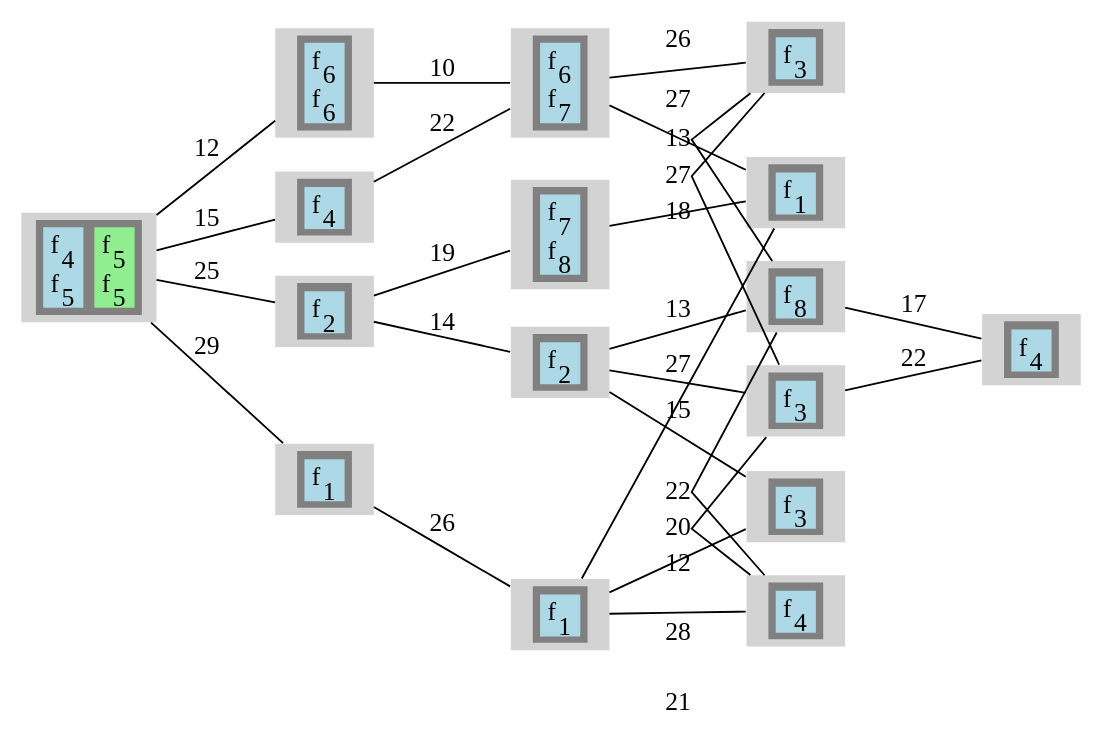
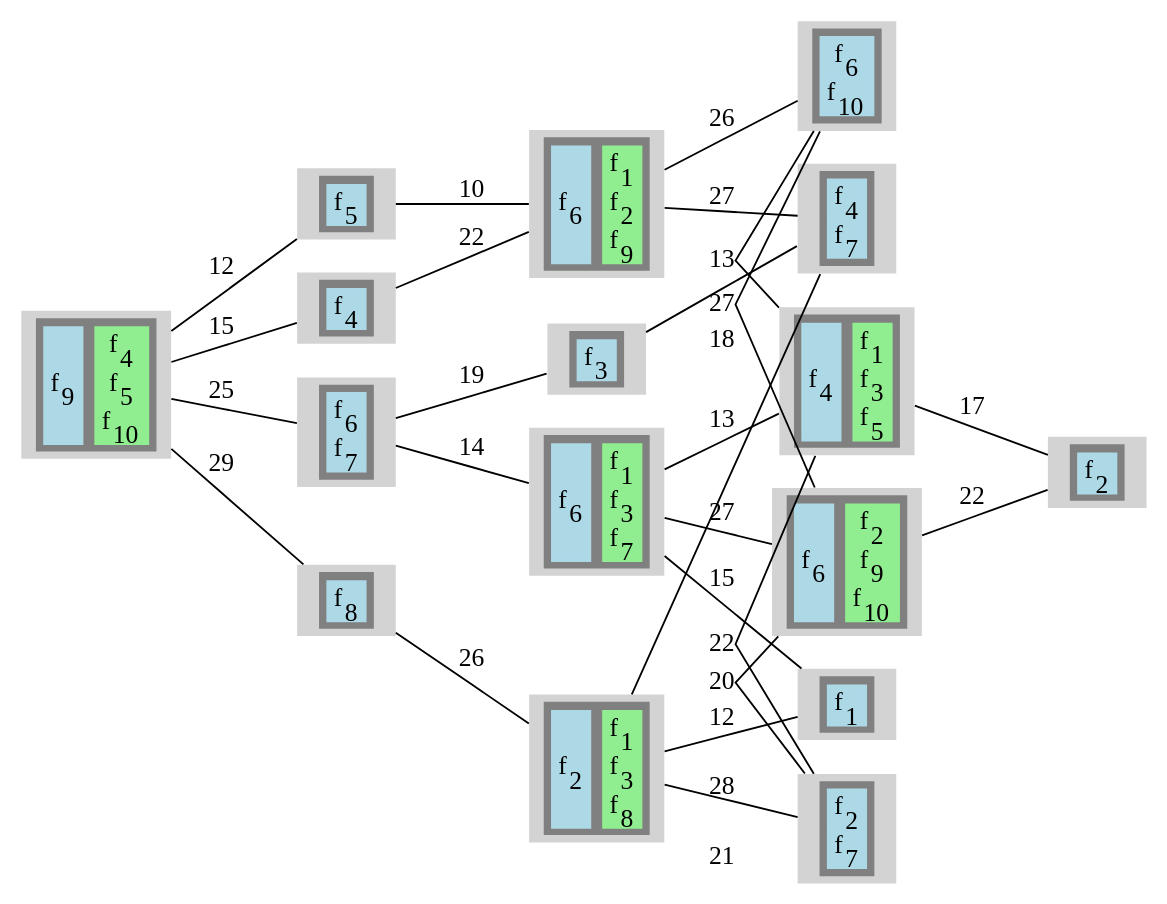
One commit to prateekshyap/SFC_Placement_in_VNF changed the diagram in output/sevenReliabilityOne/gv/graphPrint.gv. Above: the diagram before and after it, drawn with Graphviz. The commit also changed 74 other files, not shown here.

```diff
--- a/output/sevenReliabilityOne/gv/graphPrint.gv
+++ b/output/sevenReliabilityOne/gv/graphPrint.gv
@@ -14,14 +14,14 @@
 <TR>
 <TD>
 <TABLE BORDER="0" BGCOLOR="lightblue">
-<TR><TD PORT="f12" BGCOLOR="lightblue">f<SUB>4</SUB></TD></TR>
-<TR><TD PORT="f13" BGCOLOR="lightblue">f<SUB>5</SUB></TD></TR>
+<TR><TD PORT="f33" BGCOLOR="lightblue">f<SUB>9</SUB></TD></TR>
 </TABLE>
 </TD>
 <TD>
 <TABLE BORDER="0" BGCOLOR="lightgreen">
-<TR><TD PORT="f14" BGCOLOR="lightgreen">f<SUB>5</SUB></TD></TR>
-<TR><TD PORT="f15" BGCOLOR="lightgreen">f<SUB>5</SUB></TD></TR>
+<TR><TD PORT="f16" BGCOLOR="lightgreen">f<SUB>4</SUB></TD></TR>
+<TR><TD PORT="f21" BGCOLOR="lightgreen">f<SUB>5</SUB></TD></TR>
+<TR><TD PORT="f37" BGCOLOR="lightgreen">f<SUB>10</SUB></TD></TR>
 </TABLE>
 </TD>
 </TR>
@@ -33,8 +33,7 @@
 <TR>
 <TD>
 <TABLE BORDER="0" BGCOLOR="lightblue">
-<TR><TD PORT="f16" BGCOLOR="lightblue">f<SUB>6</SUB></TD></TR>
-<TR><TD PORT="f17" BGCOLOR="lightblue">f<SUB>6</SUB></TD></TR>
+<TR><TD PORT="f20" BGCOLOR="lightblue">f<SUB>5</SUB></TD></TR>
 </TABLE>
 </TD>
 </TR>
@@ -46,7 +45,7 @@
 <TR>
 <TD>
 <TABLE BORDER="0" BGCOLOR="lightblue">
-<TR><TD PORT="f1" BGCOLOR="lightblue">f<SUB>1</SUB></TD></TR>
+<TR><TD PORT="f32" BGCOLOR="lightblue">f<SUB>8</SUB></TD></TR>
 </TABLE>
 </TD>
 </TR>
@@ -58,7 +57,8 @@
 <TR>
 <TD>
 <TABLE BORDER="0" BGCOLOR="lightblue">
-<TR><TD PORT="f4" BGCOLOR="lightblue">f<SUB>2</SUB></TD></TR>
+<TR><TD PORT="f22" BGCOLOR="lightblue">f<SUB>6</SUB></TD></TR>
+<TR><TD PORT="f29" BGCOLOR="lightblue">f<SUB>7</SUB></TD></TR>
 </TABLE>
 </TD>
 </TR>
@@ -70,7 +70,7 @@
 <TR>
 <TD>
 <TABLE BORDER="0" BGCOLOR="lightblue">
-<TR><TD PORT="f10" BGCOLOR="lightblue">f<SUB>4</SUB></TD></TR>
+<TR><TD PORT="f17" BGCOLOR="lightblue">f<SUB>4</SUB></TD></TR>
 </TABLE>
 </TD>
 </TR>
@@ -82,8 +82,14 @@
 <TR>
 <TD>
 <TABLE BORDER="0" BGCOLOR="lightblue">
-<TR><TD PORT="f18" BGCOLOR="lightblue">f<SUB>6</SUB></TD></TR>
-<TR><TD PORT="f19" BGCOLOR="lightblue">f<SUB>7</SUB></TD></TR>
+<TR><TD PORT="f24" BGCOLOR="lightblue">f<SUB>6</SUB></TD></TR>
+</TABLE>
+</TD>
+<TD>
+<TABLE BORDER="0" BGCOLOR="lightgreen">
+<TR><TD PORT="f2" BGCOLOR="lightgreen">f<SUB>1</SUB></TD></TR>
+<TR><TD PORT="f8" BGCOLOR="lightgreen">f<SUB>2</SUB></TD></TR>
+<TR><TD PORT="f35" BGCOLOR="lightgreen">f<SUB>9</SUB></TD></TR>
 </TABLE>
 </TD>
 </TR>
@@ -95,7 +101,14 @@
 <TR>
 <TD>
 <TABLE BORDER="0" BGCOLOR="lightblue">
-<TR><TD PORT="f3" BGCOLOR="lightblue">f<SUB>1</SUB></TD></TR>
+<TR><TD PORT="f6" BGCOLOR="lightblue">f<SUB>2</SUB></TD></TR>
+</TABLE>
+</TD>
+<TD>
+<TABLE BORDER="0" BGCOLOR="lightgreen">
+<TR><TD PORT="f5" BGCOLOR="lightgreen">f<SUB>1</SUB></TD></TR>
+<TR><TD PORT="f13" BGCOLOR="lightgreen">f<SUB>3</SUB></TD></TR>
+<TR><TD PORT="f31" BGCOLOR="lightgreen">f<SUB>8</SUB></TD></TR>
 </TABLE>
 </TD>
 </TR>
@@ -107,8 +120,7 @@
 <TR>
 <TD>
 <TABLE BORDER="0" BGCOLOR="lightblue">
-<TR><TD PORT="f20" BGCOLOR="lightblue">f<SUB>7</SUB></TD></TR>
-<TR><TD PORT="f21" BGCOLOR="lightblue">f<SUB>8</SUB></TD></TR>
+<TR><TD PORT="f14" BGCOLOR="lightblue">f<SUB>3</SUB></TD></TR>
 </TABLE>
 </TD>
 </TR>
@@ -120,7 +132,14 @@
 <TR>
 <TD>
 <TABLE BORDER="0" BGCOLOR="lightblue">
-<TR><TD PORT="f5" BGCOLOR="lightblue">f<SUB>2</SUB></TD></TR>
+<TR><TD PORT="f23" BGCOLOR="lightblue">f<SUB>6</SUB></TD></TR>
+</TABLE>
+</TD>
+<TD>
+<TABLE BORDER="0" BGCOLOR="lightgreen">
+<TR><TD PORT="f4" BGCOLOR="lightgreen">f<SUB>1</SUB></TD></TR>
+<TR><TD PORT="f11" BGCOLOR="lightgreen">f<SUB>3</SUB></TD></TR>
+<TR><TD PORT="f28" BGCOLOR="lightgreen">f<SUB>7</SUB></TD></TR>
 </TABLE>
 </TD>
 </TR>
@@ -132,7 +151,8 @@
 <TR>
 <TD>
 <TABLE BORDER="0" BGCOLOR="lightblue">
-<TR><TD PORT="f2" BGCOLOR="lightblue">f<SUB>1</SUB></TD></TR>
+<TR><TD PORT="f18" BGCOLOR="lightblue">f<SUB>4</SUB></TD></TR>
+<TR><TD PORT="f30" BGCOLOR="lightblue">f<SUB>7</SUB></TD></TR>
 </TABLE>
 </TD>
 </TR>
@@ -144,7 +164,8 @@
 <TR>
 <TD>
 <TABLE BORDER="0" BGCOLOR="lightblue">
-<TR><TD PORT="f7" BGCOLOR="lightblue">f<SUB>3</SUB></TD></TR>
+<TR><TD PORT="f26" BGCOLOR="lightblue">f<SUB>6</SUB></TD></TR>
+<TR><TD PORT="f36" BGCOLOR="lightblue">f<SUB>10</SUB></TD></TR>
 </TABLE>
 </TD>
 </TR>
@@ -156,7 +177,7 @@
 <TR>
 <TD>
 <TABLE BORDER="0" BGCOLOR="lightblue">
-<TR><TD PORT="f6" BGCOLOR="lightblue">f<SUB>3</SUB></TD></TR>
+<TR><TD PORT="f1" BGCOLOR="lightblue">f<SUB>1</SUB></TD></TR>
 </TABLE>
 </TD>
 </TR>
@@ -168,7 +189,8 @@
 <TR>
 <TD>
 <TABLE BORDER="0" BGCOLOR="lightblue">
-<TR><TD PORT="f9" BGCOLOR="lightblue">f<SUB>4</SUB></TD></TR>
+<TR><TD PORT="f10" BGCOLOR="lightblue">f<SUB>2</SUB></TD></TR>
+<TR><TD PORT="f27" BGCOLOR="lightblue">f<SUB>7</SUB></TD></TR>
 </TABLE>
 </TD>
 </TR>
@@ -180,7 +202,14 @@
 <TR>
 <TD>
 <TABLE BORDER="0" BGCOLOR="lightblue">
-<TR><TD PORT="f22" BGCOLOR="lightblue">f<SUB>8</SUB></TD></TR>
+<TR><TD PORT="f15" BGCOLOR="lightblue">f<SUB>4</SUB></TD></TR>
+</TABLE>
+</TD>
+<TD>
+<TABLE BORDER="0" BGCOLOR="lightgreen">
+<TR><TD PORT="f3" BGCOLOR="lightgreen">f<SUB>1</SUB></TD></TR>
+<TR><TD PORT="f12" BGCOLOR="lightgreen">f<SUB>3</SUB></TD></TR>
+<TR><TD PORT="f19" BGCOLOR="lightgreen">f<SUB>5</SUB></TD></TR>
 </TABLE>
 </TD>
 </TR>
@@ -192,7 +221,14 @@
 <TR>
 <TD>
 <TABLE BORDER="0" BGCOLOR="lightblue">
-<TR><TD PORT="f8" BGCOLOR="lightblue">f<SUB>3</SUB></TD></TR>
+<TR><TD PORT="f25" BGCOLOR="lightblue">f<SUB>6</SUB></TD></TR>
+</TABLE>
+</TD>
+<TD>
+<TABLE BORDER="0" BGCOLOR="lightgreen">
+<TR><TD PORT="f7" BGCOLOR="lightgreen">f<SUB>2</SUB></TD></TR>
+<TR><TD PORT="f34" BGCOLOR="lightgreen">f<SUB>9</SUB></TD></TR>
+<TR><TD PORT="f38" BGCOLOR="lightgreen">f<SUB>10</SUB></TD></TR>
 </TABLE>
 </TD>
 </TR>
@@ -204,7 +240,7 @@
 <TR>
 <TD>
 <TABLE BORDER="0" BGCOLOR="lightblue">
-<TR><TD PORT="f11" BGCOLOR="lightblue">f<SUB>4</SUB></TD></TR>
+<TR><TD PORT="f9" BGCOLOR="lightblue">f<SUB>2</SUB></TD></TR>
 </TABLE>
 </TD>
 </TR>
```
